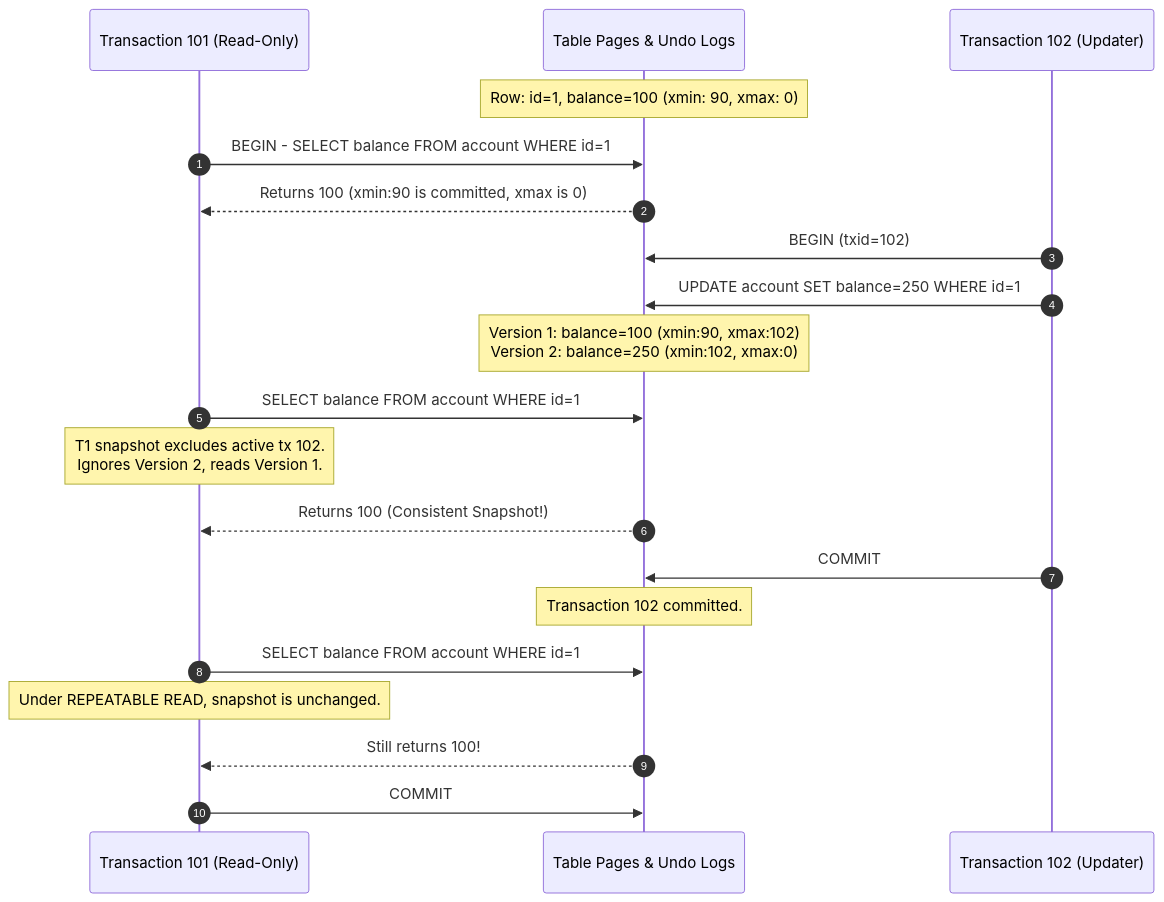
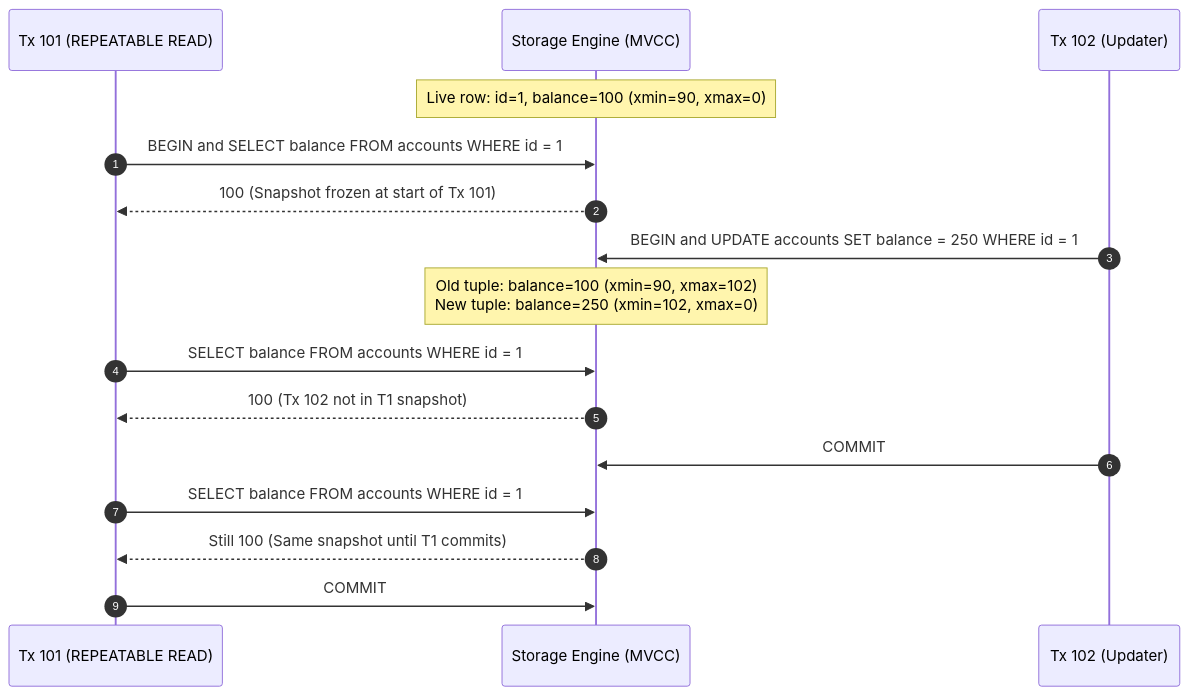
The third of 4 diagrams in content/roadmap/level-7/database-engine-internals-b-trees-and-mvcc.md (ravishankar2463/java_hub), drawn with Mermaid before and after one commit. The commit also changed other lines of this file and 119 other files, not shown here.

Commit message:
feat: add comprehensive java learning roadmap content across multiple levels

````diff
--- a/content/roadmap/level-7/database-engine-internals-b-trees-and-mvcc.md
+++ b/content/roadmap/level-7/database-engine-internals-b-trees-and-mvcc.md
@@ -212,28 +163,22 @@
 ```mermaid
 sequenceDiagram
     autonumber
-    participant T1 as Transaction 101 (Read-Only)
-    participant DB as Table Pages & Undo Logs
-    participant T2 as Transaction 102 (Updater)
+    participant T1 as Tx 101 (REPEATABLE READ)
+    participant DB as Storage Engine (MVCC)
+    participant T2 as Tx 102 (Updater)
 
-    Note over DB: Row: id=1, balance=100 (xmin: 90, xmax: 0)
+    Note over DB: Live row: id=1, balance=100 (xmin=90, xmax=0)
+    T1->>DB: BEGIN and SELECT balance FROM accounts WHERE id = 1
+    DB-->>T1: 100 (Snapshot frozen at start of Tx 101)
 
-    T1->>DB: BEGIN - SELECT balance FROM account WHERE id=1
-    DB-->>T1: Returns 100 (xmin:90 is committed, xmax is 0)
+    T2->>DB: BEGIN and UPDATE accounts SET balance = 250 WHERE id = 1
+    Note over DB: Old tuple: balance=100 (xmin=90, xmax=102)<br/>New tuple: balance=250 (xmin=102, xmax=0)
 
-    T2->>DB: BEGIN (txid=102)
-    T2->>DB: UPDATE account SET balance=250 WHERE id=1
-    Note over DB: Version 1: balance=100 (xmin:90, xmax:102)<br/>Version 2: balance=250 (xmin:102, xmax:0)
-
-    T1->>DB: SELECT balance FROM account WHERE id=1
-    Note over T1: T1 snapshot excludes active tx 102.<br/>Ignores Version 2, reads Version 1.
-    DB-->>T1: Returns 100 (Consistent Snapshot!)
+    T1->>DB: SELECT balance FROM accounts WHERE id = 1
+    DB-->>T1: 100 (Tx 102 not in T1 snapshot)
 
     T2->>DB: COMMIT
-    Note over DB: Transaction 102 committed.
-
-    T1->>DB: SELECT balance FROM account WHERE id=1
-    Note over T1: Under REPEATABLE READ, snapshot is unchanged.
-    DB-->>T1: Still returns 100!
+    T1->>DB: SELECT balance FROM accounts WHERE id = 1
+    DB-->>T1: Still 100 (Same snapshot until T1 commits)
     T1->>DB: COMMIT
 ```
````
